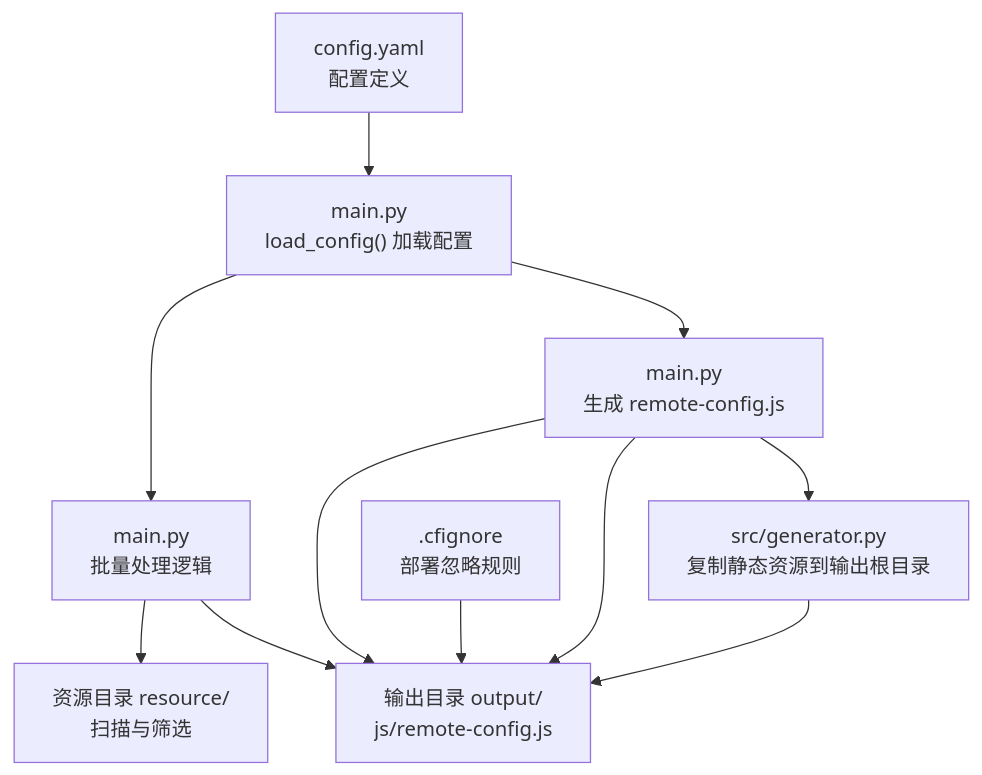
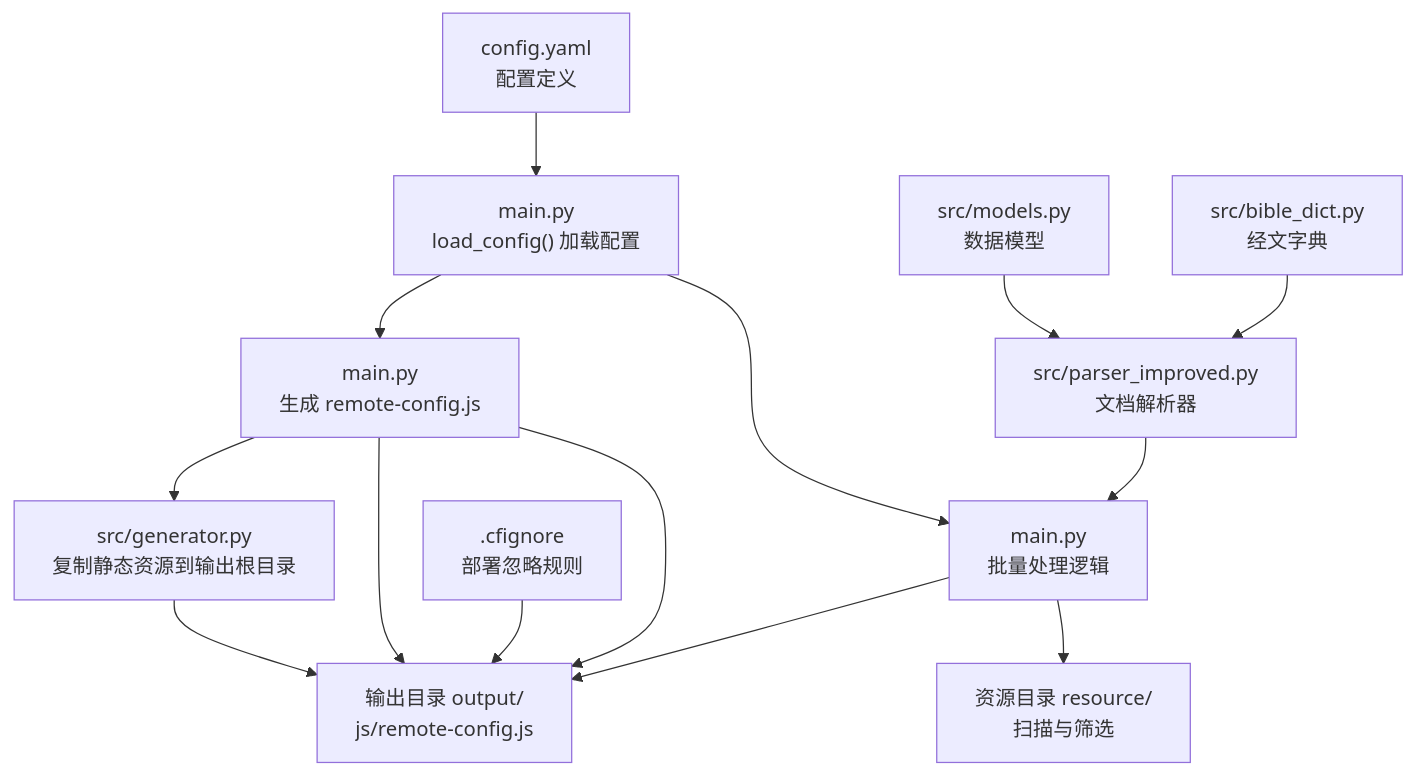
Before and after one commit to zhao-zg/cx: the first of 4 diagrams in .qoder/repowiki/zh/content/批量处理系统/配置管理.md, drawn with Mermaid. The commit also changed other lines of this file and 34 other files, not shown here.

````diff
--- a/.qoder/repowiki/zh/content/批量处理系统/配置管理.md
+++ b/.qoder/repowiki/zh/content/批量处理系统/配置管理.md
@@ -33,13 +48,16 @@
 ```mermaid
 graph TB
 cfg["config.yaml<br/>配置定义"] --> loader["main.py<br/>load_config() 加载配置"]
 loader --> bp["main.py<br/>批量处理逻辑"]
 loader --> gen["main.py<br/>生成 remote-config.js"]
 gen --> out["输出目录 output/<br/>js/remote-config.js"]
 bp --> res["资源目录 resource/<br/>扫描与筛选"]
 bp --> out
 gen --> out
 gen --> static_gen["src/generator.py<br/>复制静态资源到输出根目录"]
 static_gen --> out
 deploy[".cfignore<br/>部署忽略规则"] --> out
+parser["src/parser_improved.py<br/>文档解析器"] --> bp
+models["src/models.py<br/>数据模型"] --> parser
+bible["src/bible_dict.py<br/>经文字典"] --> parser
 ```
````
